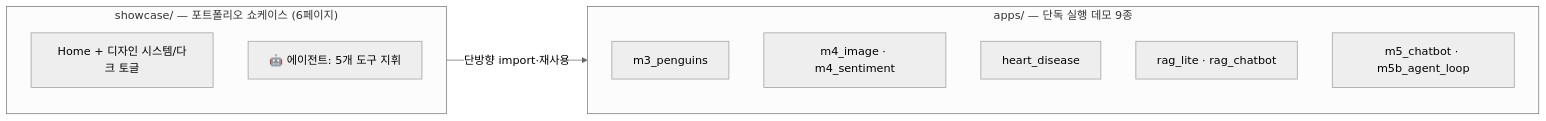
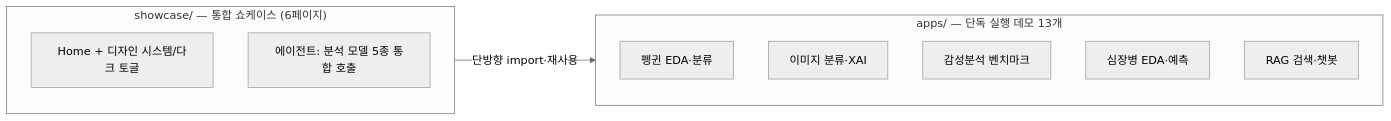
The diagram in README.md (kimsanguine/streamlit2), drawn with Mermaid (neutral theme) before and after one commit. The commit also changed other lines of this file, not shown here.

First line of the commit message:
README 포지셔닝 재작성 — 데이터분석·EDA·딥러닝 전문성 중심 (6렌즈 에이전트 종합)

````diff
--- a/README.md
+++ b/README.md
@@ -50,15 +75,15 @@
 ```mermaid
 flowchart LR
-    subgraph apps["apps/ — 단독 실행 데모 9종"]
-        m3[m3_penguins]
-        m4[m4_image · m4_sentiment]
-        heart[heart_disease]
-        rag[rag_lite · rag_chatbot]
-        m5[m5_chatbot · m5b_agent_loop]
+    subgraph apps["apps/ — 단독 실행 데모 13개"]
+        pen[펭귄 EDA·분류]
+        img[이미지 분류·XAI]
+        sent[감성분석 벤치마크]
+        heart[심장병 EDA·예측]
+        rag[RAG 검색·챗봇]
     end
-    subgraph showcase["showcase/ — 포트폴리오 쇼케이스 (6페이지)"]
+    subgraph showcase["showcase/ — 통합 쇼케이스 (6페이지)"]
         home[Home + 디자인 시스템/다크 토글]
-        agent[🤖 에이전트: 5개 도구 지휘]
+        agent[에이전트: 분석 모델 5종 통합 호출]
     end
     showcase -->|단방향 import·재사용| apps
 ```
````
